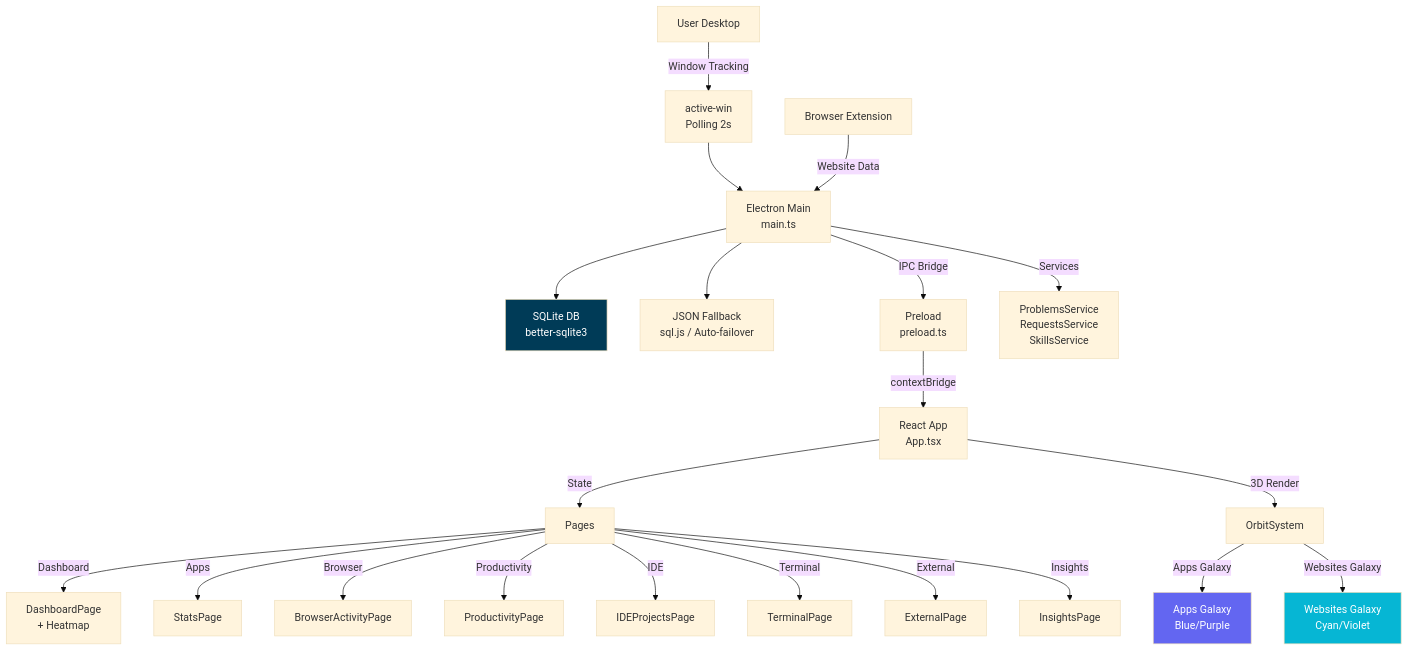
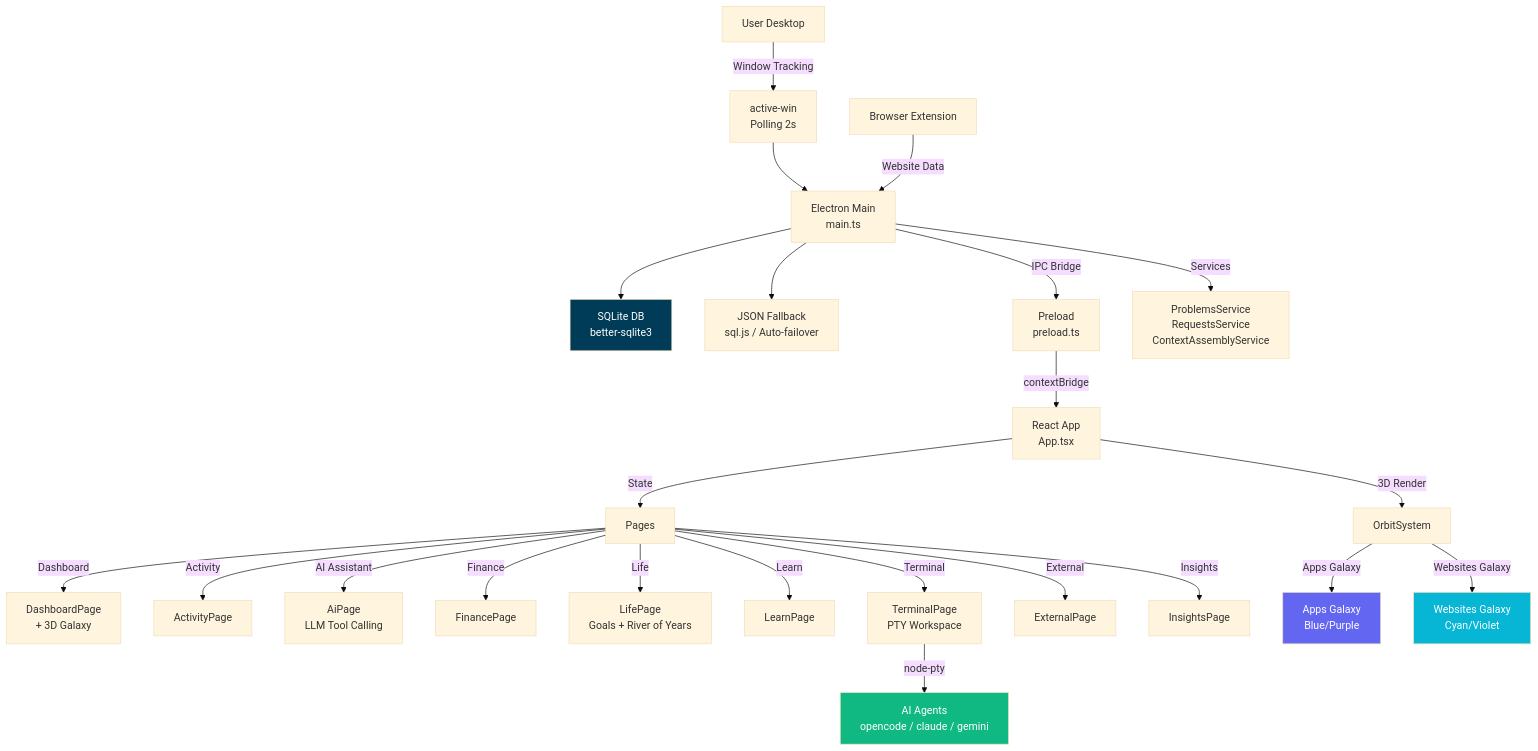
One commit to RCZ88/DeskFlow changed the first of 2 diagrams in README.md. Above: the diagram before and after it, drawn with Mermaid (base theme). The commit also changed other lines of this file and 106 other files, not shown here.

````diff
--- a/README.md
+++ b/README.md
@@ -458,32 +459,35 @@
 ```mermaid
 graph TD
     A[User Desktop] -->|Window Tracking| B[active-win<br/>Polling 2s]
     B --> C[Electron Main<br/>main.ts]
     C --> D[SQLite DB<br/>better-sqlite3]
     C --> E[JSON Fallback<br/>sql.js / Auto-failover]
     C -->|IPC Bridge| F[Preload<br/>preload.ts]
     F -->|contextBridge| G[React App<br/>App.tsx]
 
     G -->|State| H[Pages]
     G -->|3D Render| I[OrbitSystem]
 
-    C -->|Services| S[ProblemsService<br/>RequestsService<br/>SkillsService]
+    C -->|Services| S[ProblemsService<br/>RequestsService<br/>ContextAssemblyService]
 
-    H -->|Dashboard| J[DashboardPage<br/>+ Heatmap]
-    H -->|Apps| K[StatsPage]
-    H -->|Browser| L[BrowserActivityPage]
-    H -->|Productivity| M[ProductivityPage]
-    H -->|IDE| N[IDEProjectsPage]
-    H -->|Terminal| O[TerminalPage]
+    H -->|Dashboard| J[DashboardPage<br/>+ 3D Galaxy]
+    H -->|Activity| K[ActivityPage]
+    H -->|AI Assistant| K2[AiPage<br/>LLM Tool Calling]
+    H -->|Finance| L[FinancePage]
+    H -->|Life| L2[LifePage<br/>Goals + River of Years]
+    H -->|Learn| L3[LearnPage]
+    H -->|Terminal| O[TerminalPage<br/>PTY Workspace]
     H -->|External| P[ExternalPage]
     H -->|Insights| Q[InsightsPage]
 
     I -->|Apps Galaxy| R[Apps Galaxy<br/>Blue/Purple]
     I -->|Websites Galaxy| S2[Websites Galaxy<br/>Cyan/Violet]
 
     T[Browser Extension] -->|Website Data| C
+    O -->|node-pty| U[AI Agents<br/>opencode / claude / gemini]
 
     style R fill:#6366f1,color:#fff
     style S2 fill:#06b6d4,color:#fff
     style D fill:#003B57,color:#fff
+    style U fill:#10b981,color:#fff
 ```
````
